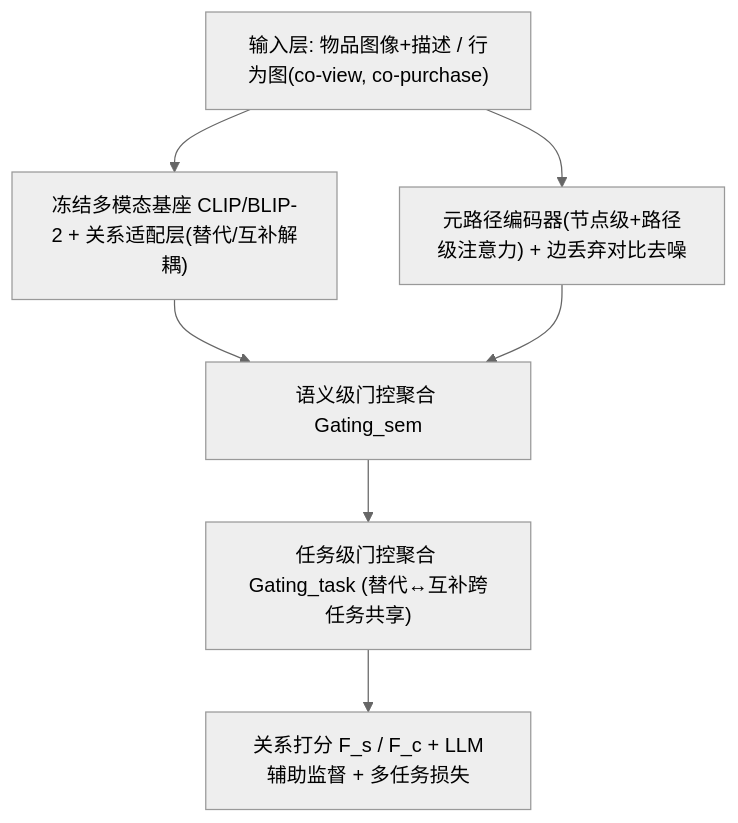
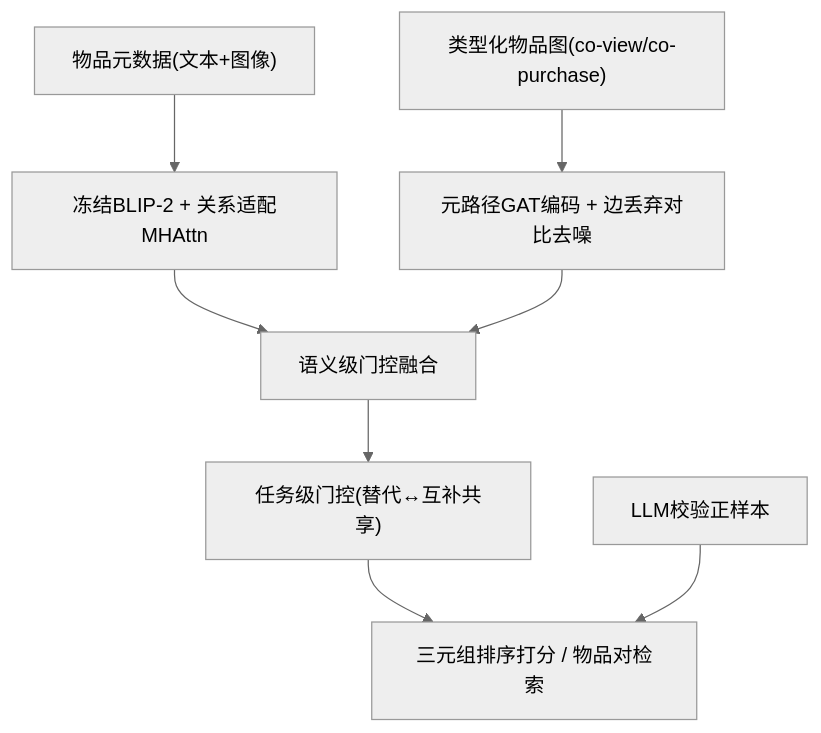
The diagram in docs/venues/SIGIR/2026/multimodal_rec/multi_modal_relational_item_representation_learning_for_inferring_substitut.md (jbdcia321vw/Paper-Notes), drawn with Mermaid (neutral theme) before and after one commit. The commit also changed other lines of this file and 1119 other files, not shown here.

````diff
--- a/docs/venues/SIGIR/2026/multimodal_rec/multi_modal_relational_item_representation_learning_for_inferring_substitut.md
+++ b/docs/venues/SIGIR/2026/multimodal_rec/multi_modal_relational_item_representation_learning_for_inferring_substitut.md
@@ -57,9 +47,10 @@
 ```mermaid
 flowchart TD
-    A["输入层: 物品图像+描述 / 行为图(co-view, co-purchase)"] --> B1["冻结多模态基座 CLIP/BLIP-2 + 关系适配层(替代/互补解耦)"]
-    A --> B2["元路径编码器(节点级+路径级注意力) + 边丢弃对比去噪"]
-    B1 --> C1["语义级门控聚合 Gating_sem"]
-    B2 --> C1
-    C1 --> D["任务级门控聚合 Gating_task (替代↔互补跨任务共享)"]
-    D --> E["关系打分 F_s / F_c + LLM辅助监督 + 多任务损失"]
+    A["物品元数据(文本+图像)"] --> B["冻结BLIP-2 + 关系适配MHAttn"]
+    A2["类型化物品图(co-view/co-purchase)"] --> C["元路径GAT编码 + 边丢弃对比去噪"]
+    B --> D["语义级门控融合"]
+    C --> D
+    D --> E["任务级门控(替代↔互补共享)"]
+    E --> F["三元组排序打分 / 物品对检索"]
+    G["LLM校验正样本"] --> F
 ```
````
